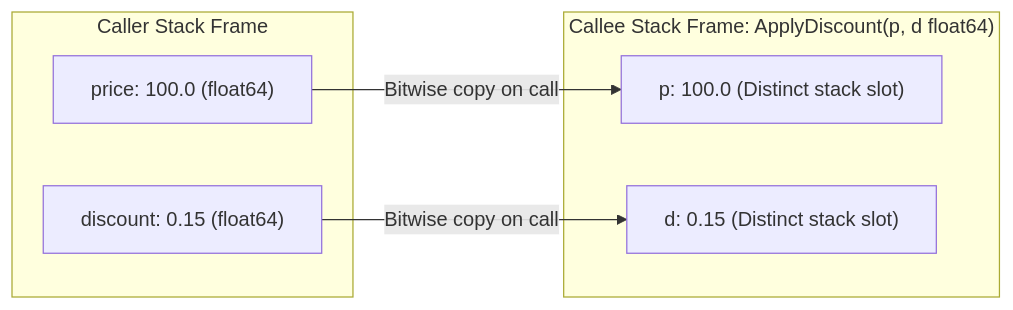
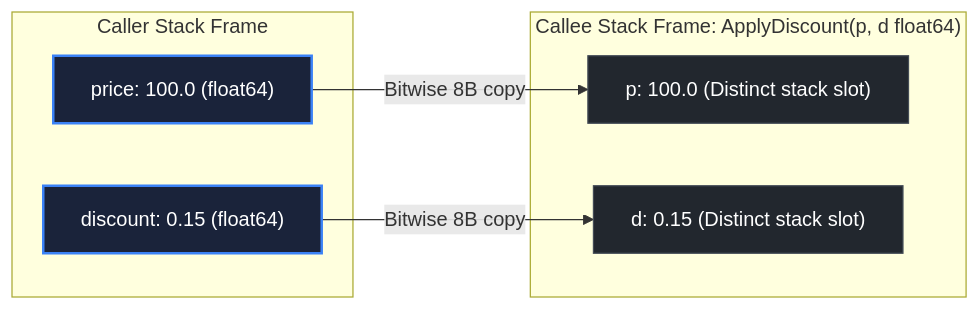
The diagram in curriculum/modules/04-functions-errors-data-semantics/lessons/02-parameters/README.md (swe-labs/the-go-engineer), drawn with Mermaid before and after one commit. The commit also changed other lines of this file and 32 other files, not shown here.

````diff
--- a/curriculum/modules/04-functions-errors-data-semantics/lessons/02-parameters/README.md
+++ b/curriculum/modules/04-functions-errors-data-semantics/lessons/02-parameters/README.md
@@ -19,15 +21,20 @@
 ```mermaid
 flowchart LR
+    classDef frontDoor fill:#1a233a,stroke:#3b82f6,stroke-width:2px,color:#ffffff;
+    classDef exitGate fill:#1e3a1e,stroke:#4caf50,stroke-width:2px,color:#ffffff;
+    classDef standardNode fill:#22272e,stroke:#444c56,stroke-width:1px,color:#ffffff;
+    classDef capstoneNode fill:#2d2215,stroke:#f59e0b,stroke-width:2px,color:#ffffff;
+
     subgraph Caller["Caller Stack Frame"]
-        ARG1["price: 100.0 (float64)"]
-        ARG2["discount: 0.15 (float64)"]
+        ARG1["price: 100.0 (float64)"]:::frontDoor
+        ARG2["discount: 0.15 (float64)"]:::frontDoor
     end
 
     subgraph Callee["Callee Stack Frame: ApplyDiscount(p, d float64)"]
-        P1["p: 100.0 (Distinct stack slot)"]
-        P2["d: 0.15 (Distinct stack slot)"]
+        P1["p: 100.0 (Distinct stack slot)"]:::standardNode
+        P2["d: 0.15 (Distinct stack slot)"]:::standardNode
     end
 
-    ARG1 -->|Bitwise copy on call| P1
-    ARG2 -->|Bitwise copy on call| P2
+    ARG1 -->|Bitwise 8B copy| P1
+    ARG2 -->|Bitwise 8B copy| P2
 ```
````
